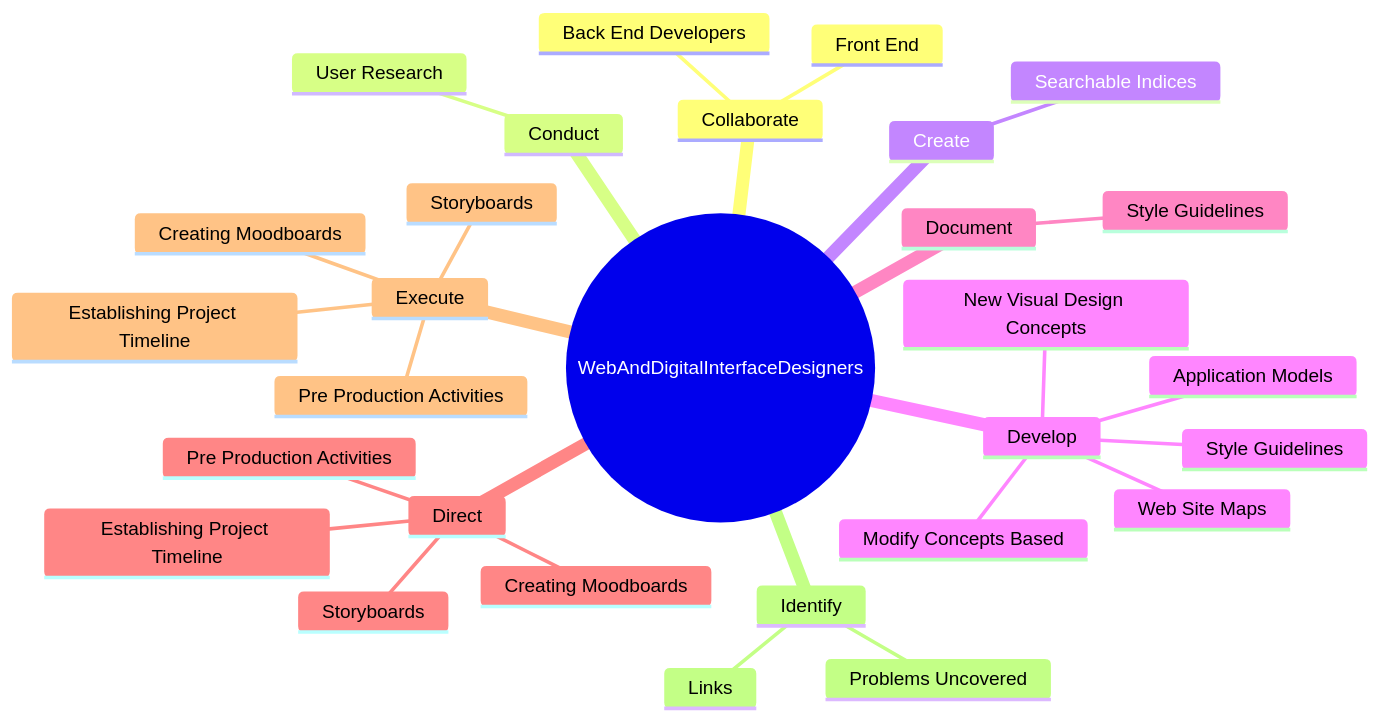
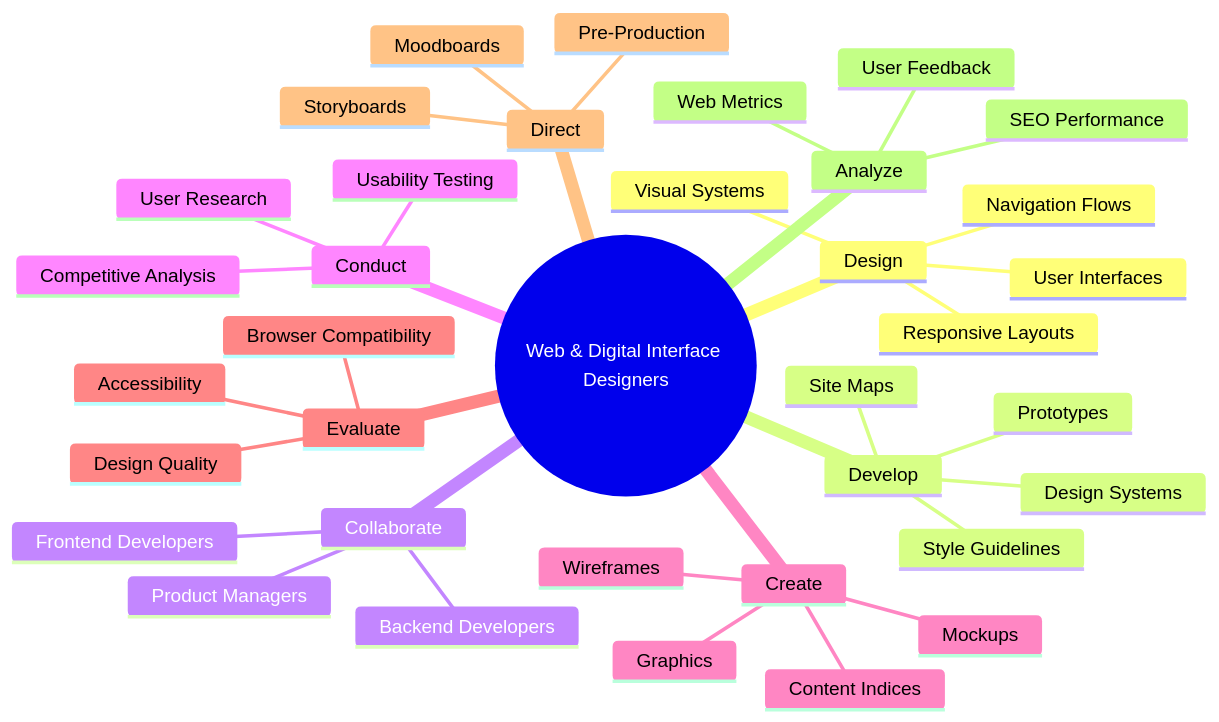
Before and after one commit to kziemski/business.org.ai: the second of 4 diagrams in occupations/Technology/WebAndDigitalInterfaceDesigners.mdx, drawn with Mermaid. The commit also changed other lines of this file and 938 other files, not shown here.

````diff
--- a/occupations/Technology/WebAndDigitalInterfaceDesigners.mdx
+++ b/occupations/Technology/WebAndDigitalInterfaceDesigners.mdx
@@ -38,32 +46,39 @@
 ```mermaid
 mindmap
-    root(("WebAndDigitalInterfaceDesigners"))
+    root(("Web & Digital Interface Designers"))
+        Design
+            User Interfaces
+            Visual Systems
+            Navigation Flows
+            Responsive Layouts
+        Develop
+            Design Systems
+            Style Guidelines
+            Prototypes
+            Site Maps
         Collaborate
-            Front End
-            Back End Developers
+            Frontend Developers
+            Backend Developers
+            Product Managers
         Conduct
             User Research
+            Usability Testing
+            Competitive Analysis
         Create
-            Searchable Indices
-        Develop
-            Style Guidelines
-            New Visual Design Concepts
-            Modify Concepts Based
-            Web Site Maps
-            Application Models
-        Document
-            Style Guidelines
+            Wireframes
+            Mockups
+            Graphics
+            Content Indices
+        Evaluate
+            Accessibility
+            Browser Compatibility
+            Design Quality
         Direct
-            Pre Production Activities
-            Creating Moodboards
+            Pre-Production
+            Moodboards
             Storyboards
-            Establishing Project Timeline
-        Execute
-            Pre Production Activities
-            Creating Moodboards
-            Storyboards
-            Establishing Project Timeline
-        Identify
-            Links
-            Problems Uncovered
+        Analyze
+            Web Metrics
+            User Feedback
+            SEO Performance
 ```
````
